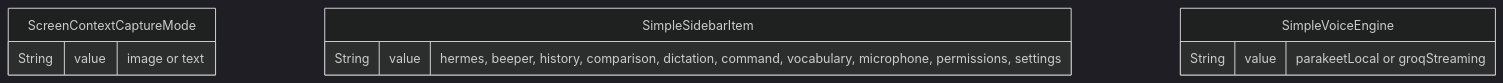
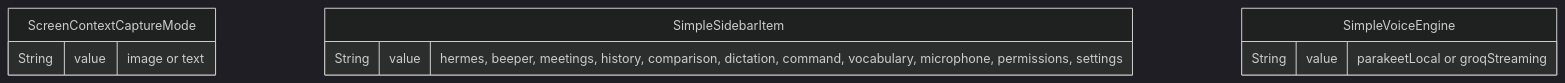
One commit to dkapo88/WonderWhisper-macOS changed the eighth of 13 diagrams in datamodel.md. Above: the diagram before and after it, drawn with Mermaid (dark theme). The commit also changed other lines of this file and 24 other files, not shown here.

````diff
--- a/datamodel.md
+++ b/datamodel.md
@@ -306,14 +378,14 @@
 ```mermaid
 erDiagram
     ScreenContextCaptureMode {
         String value "image or text"
     }
     
     SimpleSidebarItem {
-        String value "hermes, beeper, history, comparison, dictation, command, vocabulary, microphone, permissions, settings"
+        String value "hermes, beeper, meetings, history, comparison, dictation, command, vocabulary, microphone, permissions, settings"
     }
     
     SimpleVoiceEngine {
         String value "parakeetLocal or groqStreaming"
     }
 ```
````
